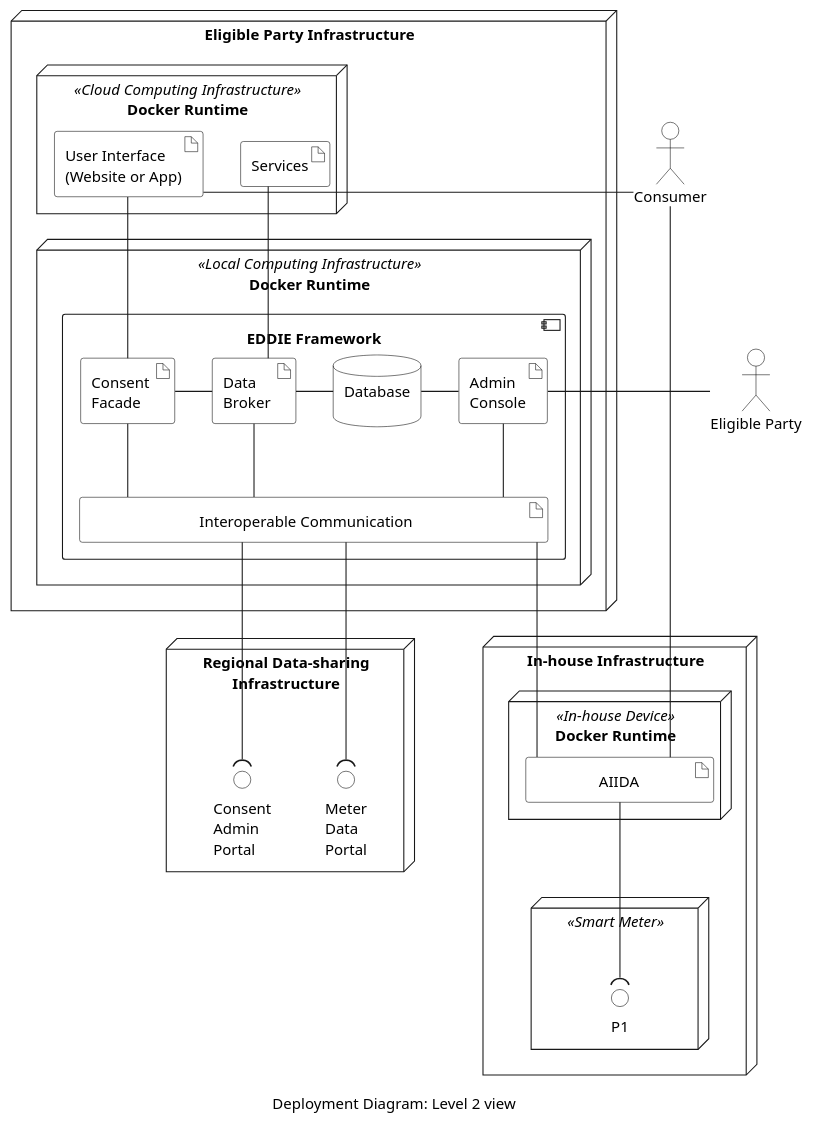
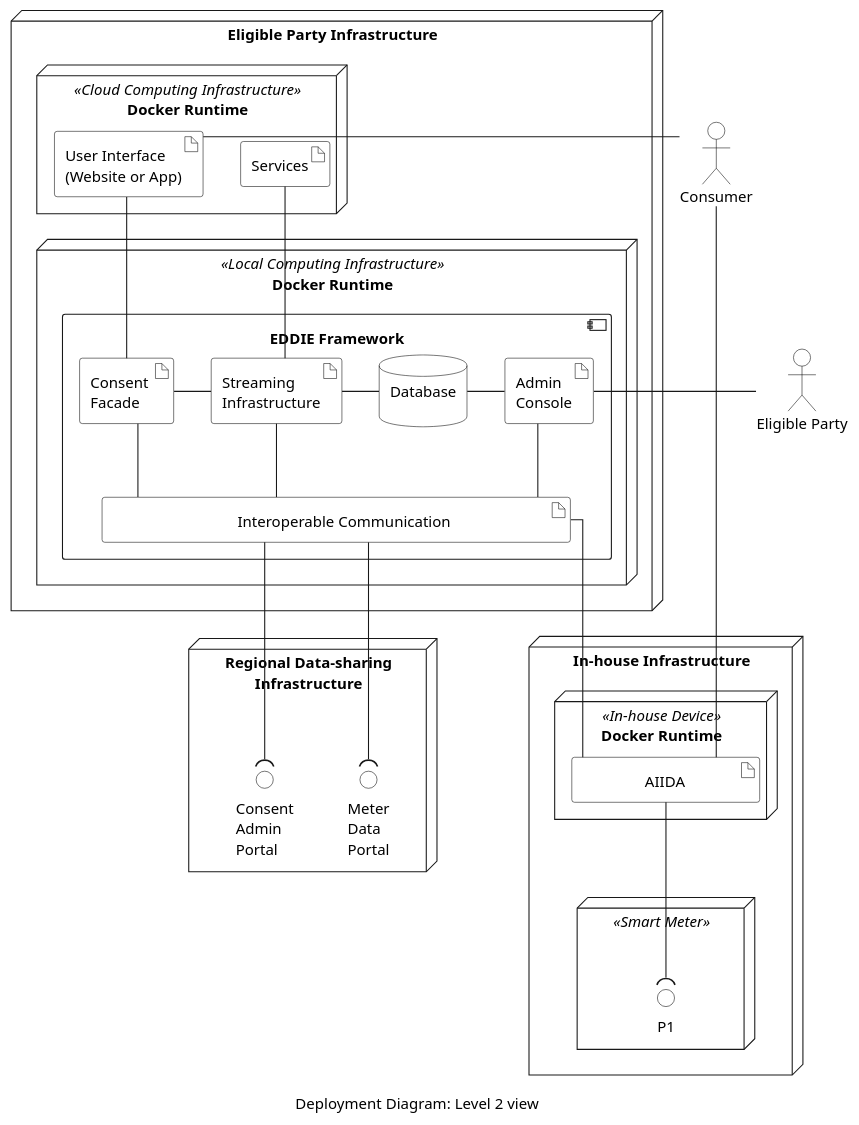
Before and after one commit to eddie-energy/architecture: the diagram in arc42/07-deployment-view/figures/deployment-diagram-level-2.puml, drawn with PlantUML. The commit also changed 14 other files, not shown here.

```diff
--- a/arc42/07-deployment-view/figures/deployment-diagram-level-2.puml
+++ b/arc42/07-deployment-view/figures/deployment-diagram-level-2.puml
@@ -1,82 +1,82 @@
 @startuml deployment-diagram-level-2
 'deployment diagram
 caption Deployment Diagram: Level 2 view
 
 skinparam linetype ortho
 skinparam interface {
   backgroundColor transparent
   borderColor black
 }
 skinparam artifact{
   BorderColor black
   BackgroundColor transparent
 }
 skinparam actor{
   BorderColor black
   BackgroundColor transparent
 }
 skinparam database{
   BorderColor black
   BackgroundColor transparent
 }
 skinparam rectangle{
   BorderColor transparent
   BackgroundColor transparent
   FontColor transparent
 }
 
 node "Eligible Party Infrastructure" as epInfra{
   node "Docker Runtime" <<Local Computing Infrastructure>> as local {    
     component "EDDIE Framework" {
     artifact "Consent \nFacade" as consentFacade
-    artifact "Data \nBroker " as broker
+    artifact "Streaming\nInfrastructure" as broker
     database "Database\n" as database
     artifact "Admin \nConsole" as adminConsole
-    artifact "\t\t\t    Interoperable Communication\t\t\t\t" as comm
+    artifact "\t\t\t\tInteroperable Communication\t\t\t\t" as comm
     }
   }
   node "Docker Runtime" <<Cloud Computing Infrastructure>> as cloud{
     artifact "User Interface \n(Website or App)" as ui
     artifact "Services" as services
   }
 
   ui -down- consentFacade
   ui -[hidden]right- services
   consentFacade -right- broker
   broker -right- database
   broker -down- comm
   database -right-adminConsole
   broker -up- services
   adminConsole -down- comm
 
 }
 node "In-house Infrastructure" {
   node "Docker Runtime" <<In-house Device>> as house{
     artifact "\t\tAIIDA\t\t" as aiida
   }
   node " " <<Smart Meter>> as meter {
       interface "P1" as p1
   }
   aiida -down-( p1 : "\t"
 }
 
 node "Regional Data-sharing\nInfrastructure" as energyProvider {
   interface "Meter\nData\nPortal" as dataPortal
   interface "Consent\nAdmin\nPortal" as adminPortal
 }
 
 actor "Consumer" as consumer
 actor "Eligible Party" as admin
   admin -left- adminConsole
 
 consumer ---- aiida
 consumer - ui
 
 comm -down-( dataPortal
 comm -down-( adminPortal
 consentFacade -down- comm
 
 aiida -up- comm
 
 
 @enduml
```
